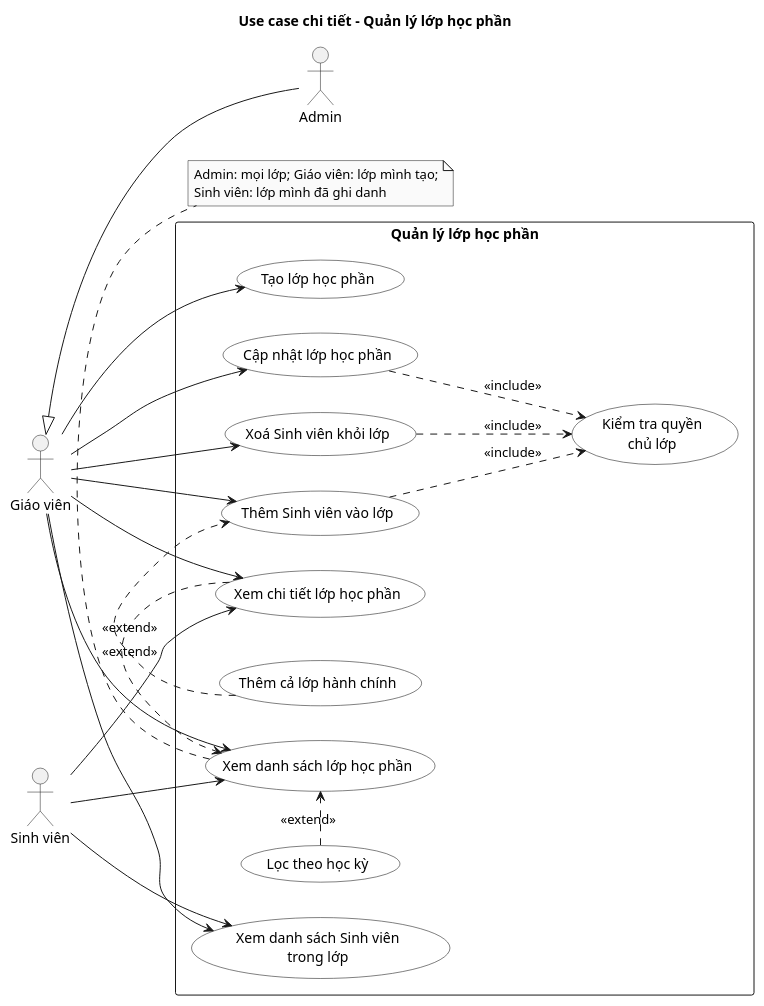
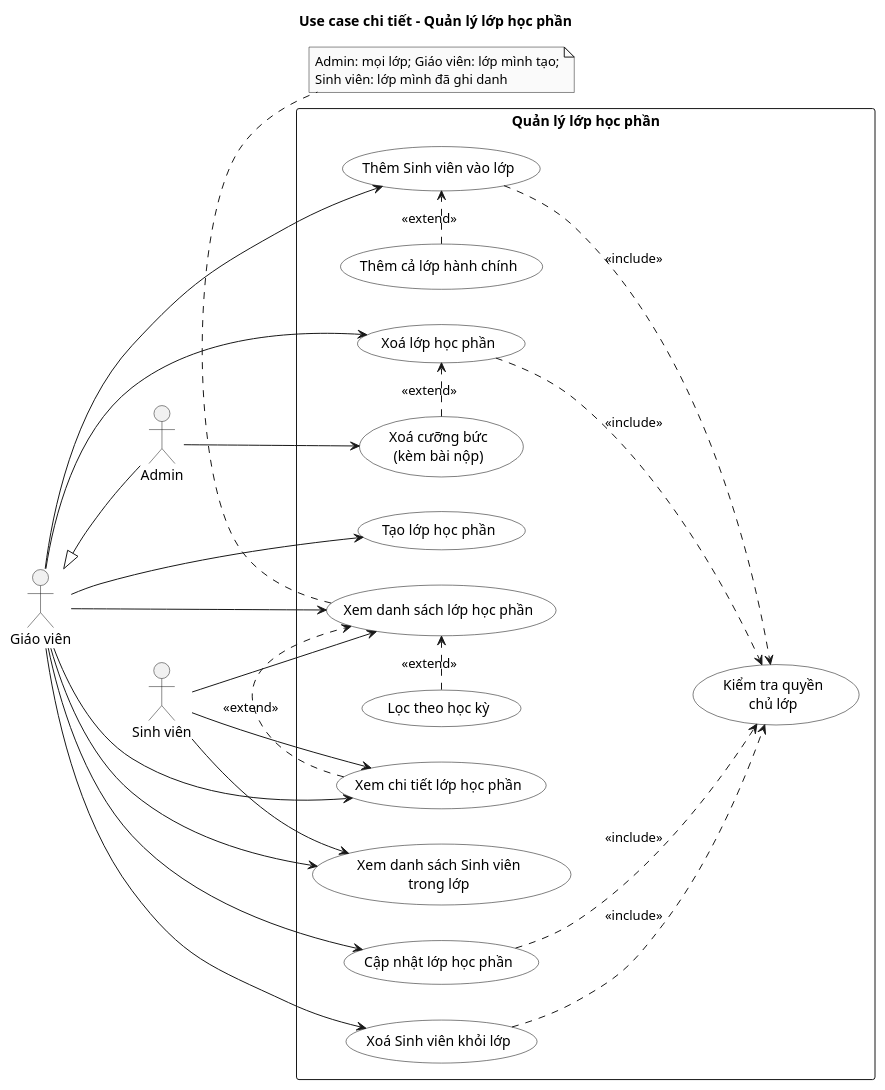
Before and after one commit to dinhnhathuyennhan/leet-code-utc2: the diagram in docs/diagrams/use-case/use-case-course.puml, drawn with PlantUML. The commit also changed 21 other files, not shown here.

Commit message:
docs: sync API contracts, use cases and diagrams with account, class and grading changes

```diff
--- a/docs/diagrams/use-case/use-case-course.puml
+++ b/docs/diagrams/use-case/use-case-course.puml
@@ -1,54 +1,60 @@
 @startuml use-case-course
 left to right direction
 skinparam shadowing false
 skinparam monochrome true
 skinparam packageStyle rectangle
 skinparam defaultFontName Arial
 skinparam usecase {
   BackgroundColor white
   BorderColor black
 }
 
 title Use case chi tiết - Quản lý lớp học phần
 
 actor "Sinh viên" as Student
 actor "Giáo viên" as Teacher
 actor "Admin" as Admin
 Admin -up-|> Teacher
 
 rectangle "Quản lý lớp học phần" {
   usecase "Tạo lớp học phần" as Create
   usecase "Cập nhật lớp học phần" as Update
+  usecase "Xoá lớp học phần" as Delete
+  usecase "Xoá cưỡng bức\n(kèm bài nộp)" as ForceDelete
   usecase "Xem danh sách lớp học phần" as List
   usecase "Lọc theo học kỳ" as FilterTerm
   usecase "Xem chi tiết lớp học phần" as Detail
   usecase "Thêm Sinh viên vào lớp" as Enroll
   usecase "Thêm cả lớp hành chính" as EnrollClass
   usecase "Xoá Sinh viên khỏi lớp" as Unenroll
   usecase "Xem danh sách Sinh viên\ntrong lớp" as ListStudents
   usecase "Kiểm tra quyền\nchủ lớp" as CheckOwner
 }
 
 Student --> List
 Student --> Detail
 Student --> ListStudents
 Teacher --> Create
 Teacher --> Update
+Teacher --> Delete
+Admin --> ForceDelete
 Teacher --> List
 Teacher --> Detail
 Teacher --> Enroll
 Teacher --> Unenroll
 Teacher --> ListStudents
 
 FilterTerm .> List : <<extend>>
 Detail .> List : <<extend>>
 EnrollClass .> Enroll : <<extend>>
 Update ..> CheckOwner : <<include>>
+Delete ..> CheckOwner : <<include>>
+ForceDelete .> Delete : <<extend>>
 Enroll ..> CheckOwner : <<include>>
 Unenroll ..> CheckOwner : <<include>>
 
 note bottom of List
   Admin: mọi lớp; Giáo viên: lớp mình tạo;
   Sinh viên: lớp mình đã ghi danh
 end note
 @enduml
```
